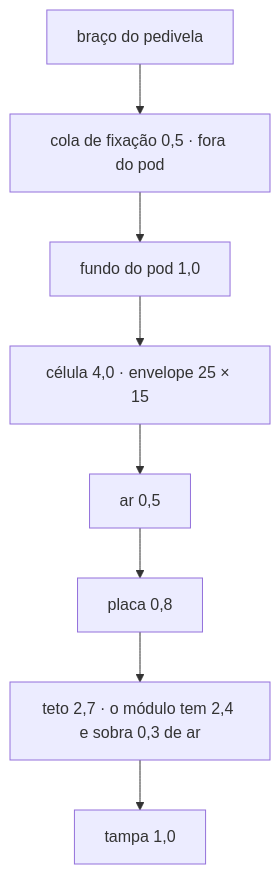
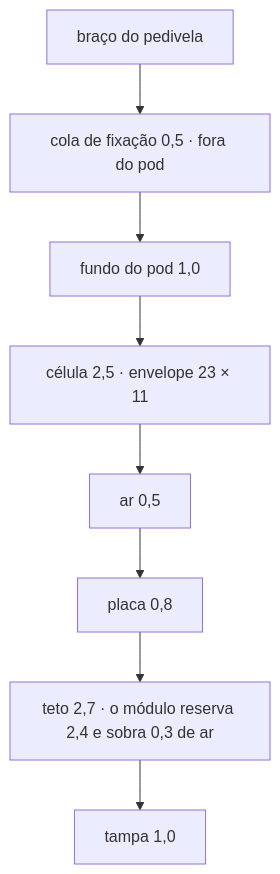
One commit to Guiimartinho/bike-powermeter changed the first of 2 diagrams in hardware_powermeter/07-pod.md. Above: the diagram before and after it, drawn with Mermaid. The commit also changed other lines of this file and 9 other files, not shown here.

````diff
--- a/hardware_powermeter/07-pod.md
+++ b/hardware_powermeter/07-pod.md
@@ -66,10 +75,10 @@
 ```mermaid
 flowchart TB
     BRACO["braço do pedivela"] --> COLA["cola de fixação 0,5 · fora do pod"]
     COLA --> FUNDO["fundo do pod 1,0"]
-    FUNDO --> CEL["célula 4,0 · envelope 25 × 15"]
+    FUNDO --> CEL["célula 2,5 · envelope 23 × 11"]
     CEL --> AR["ar 0,5"]
     AR --> PCB["placa 0,8"]
-    PCB --> TETO["teto 2,7 · o módulo tem 2,4 e sobra 0,3 de ar"]
+    PCB --> TETO["teto 2,7 · o módulo reserva 2,4 e sobra 0,3 de ar"]
     TETO --> TAMPA["tampa 1,0"]
 ```
````
